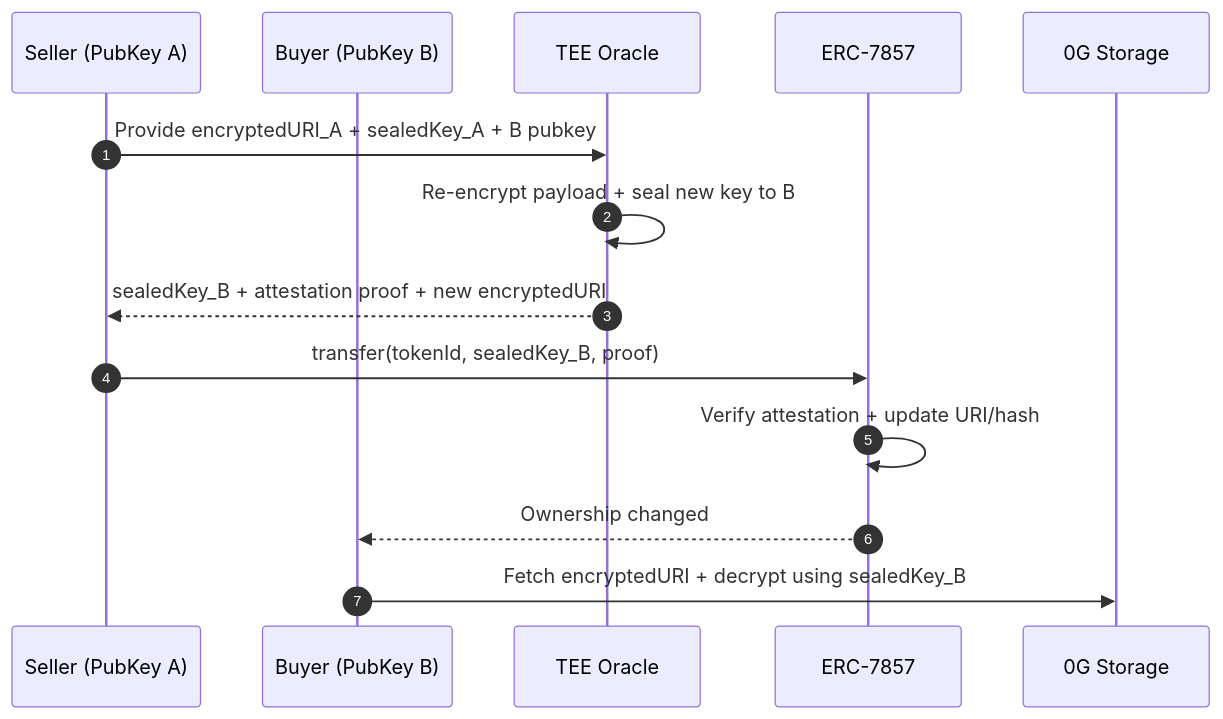
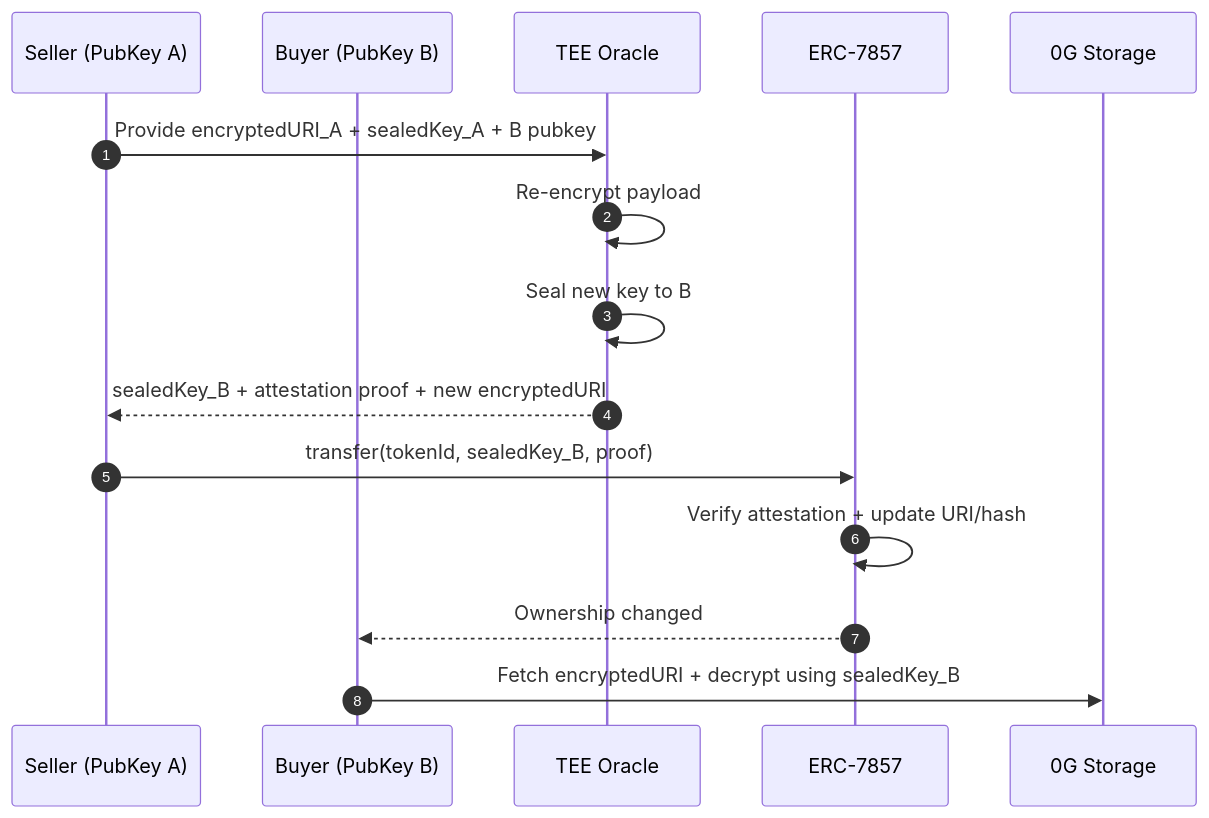
Before and after one commit to Marcussy34/0g-INFT: the fourth of 5 diagrams in architecture.md, drawn with Mermaid. The commit also changed other lines of this file, not shown here.

````diff
--- a/architecture.md
+++ b/architecture.md
@@ -84,17 +85,18 @@
 ```mermaid
 sequenceDiagram
   autonumber
   participant A as Seller (PubKey A)
   participant B as Buyer (PubKey B)
   participant TEE as TEE Oracle
   participant C as ERC-7857
   participant S as 0G Storage
 
   A->>TEE: Provide encryptedURI_A + sealedKey_A + B pubkey
-  TEE->>TEE: Re-encrypt payload + seal new key to B
+  TEE->>TEE: Re-encrypt payload
+  TEE->>TEE: Seal new key to B
   TEE-->>A: sealedKey_B + attestation proof + new encryptedURI
   A->>C: transfer(tokenId, sealedKey_B, proof)
   C->>C: Verify attestation + update URI/hash
   C-->>B: Ownership changed
   B->>S: Fetch encryptedURI + decrypt using sealedKey_B
 ```
````
